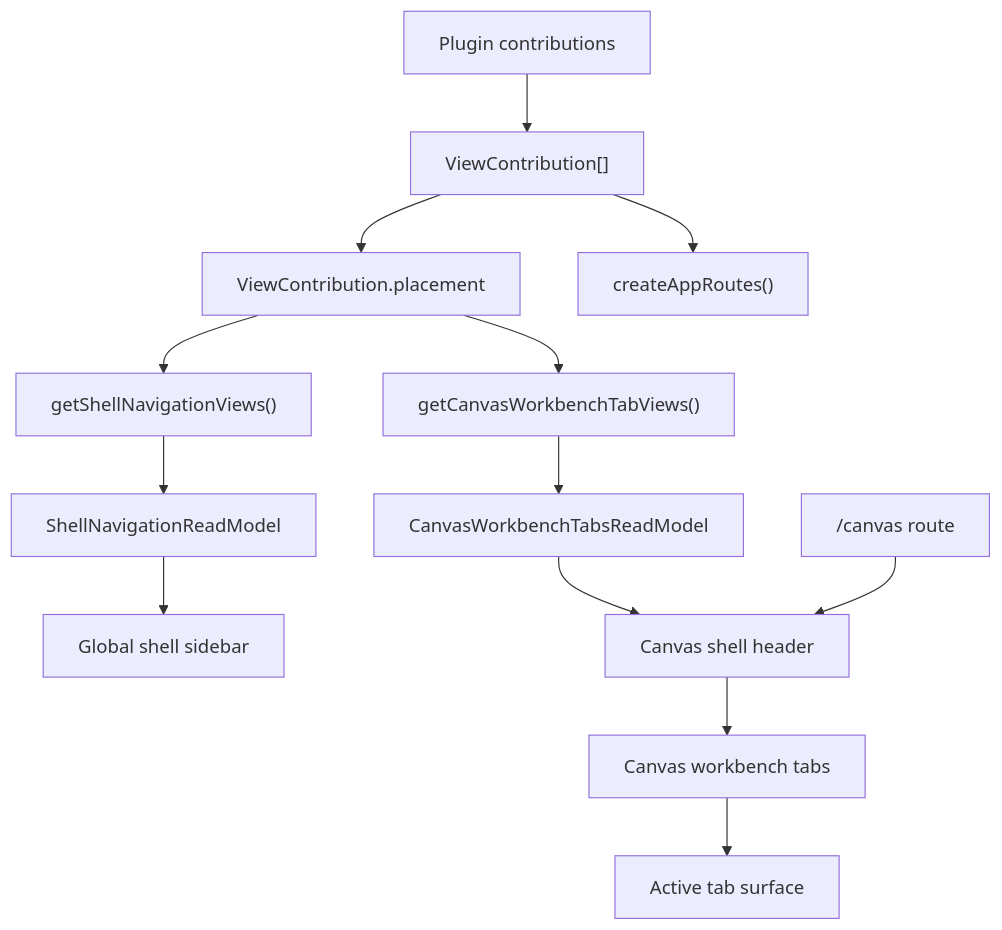
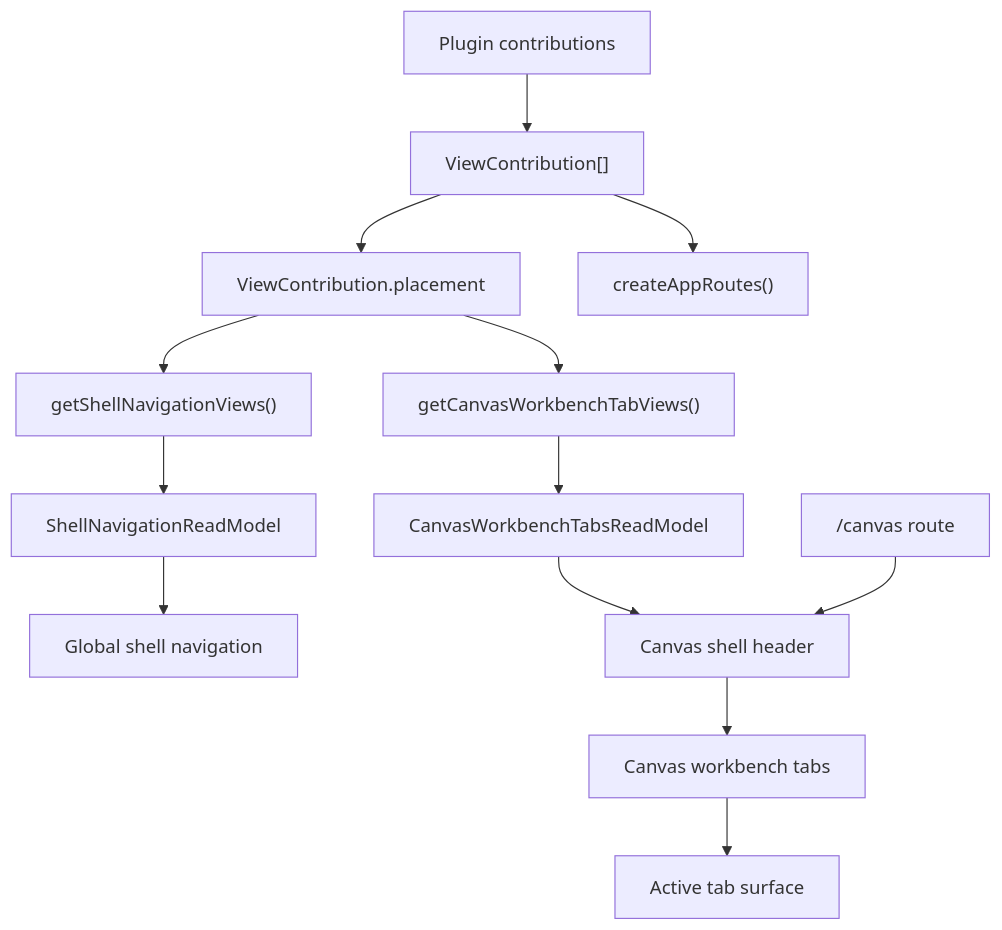
The second of 6 diagrams in docs/planning/proposals/mandatory/frontend-and-ux/canvas-workbench-tabs-placement-design-plan-20260503.md (dunay2/dvt), drawn with Mermaid before and after one commit. The commit also changed other lines of this file and 15 other files, not shown here.

````diff
--- a/docs/planning/proposals/mandatory/frontend-and-ux/canvas-workbench-tabs-placement-design-plan-20260503.md
+++ b/docs/planning/proposals/mandatory/frontend-and-ux/canvas-workbench-tabs-placement-design-plan-20260503.md
@@ -146,29 +151,29 @@
 ```mermaid
 flowchart TD
   Plugins["Plugin contributions"]
   Views["ViewContribution[]"]
   Placement["ViewContribution.placement"]
   ShellViews["getShellNavigationViews()"]
   WorkbenchViews["getCanvasWorkbenchTabViews()"]
   Routes["createAppRoutes()"]
   ShellModel["ShellNavigationReadModel"]
   WorkbenchModel["CanvasWorkbenchTabsReadModel"]
-  Sidebar["Global shell sidebar"]
+  ShellSurface["Global shell navigation"]
   CanvasRoute["/canvas route"]
   CanvasHeader["Canvas shell header"]
   WorkbenchTabs["Canvas workbench tabs"]
   TabPanel["Active tab surface"]
 
   Plugins --> Views
   Views --> Placement
   Views --> Routes
   Placement --> ShellViews
   Placement --> WorkbenchViews
   ShellViews --> ShellModel
-  ShellModel --> Sidebar
+  ShellModel --> ShellSurface
   WorkbenchViews --> WorkbenchModel
   WorkbenchModel --> CanvasHeader
   CanvasRoute --> CanvasHeader
   CanvasHeader --> WorkbenchTabs
   WorkbenchTabs --> TabPanel
 ```
````
